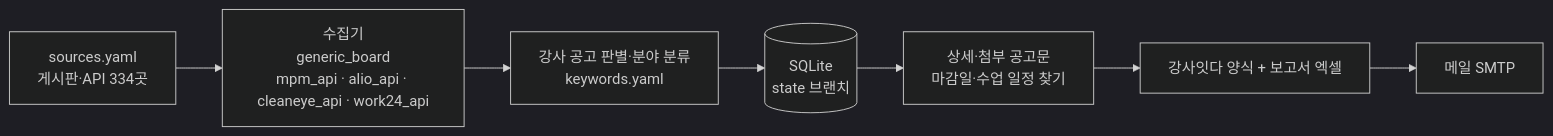
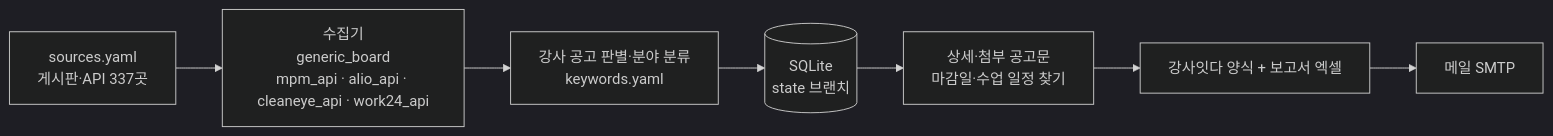
One commit to thskal17-sudo/busan-school-company changed the diagram in docs/DESIGN.md. Above: the diagram before and after it, drawn with Mermaid (dark theme). The commit also changed 5 other files, not shown here.

````diff
--- a/docs/DESIGN.md
+++ b/docs/DESIGN.md
@@ -32,9 +32,9 @@
 ```mermaid
 flowchart LR
-    S[sources.yaml<br/>게시판·API 334곳] --> C[수집기<br/>generic_board<br/>mpm_api · alio_api · cleaneye_api · work24_api]
+    S[sources.yaml<br/>게시판·API 337곳] --> C[수집기<br/>generic_board<br/>mpm_api · alio_api · cleaneye_api · work24_api]
     C --> F[강사 공고 판별·분야 분류<br/>keywords.yaml]
     F --> D[(SQLite<br/>state 브랜치)]
     D --> I[상세·첨부 공고문<br/>마감일·수업 일정 찾기]
     I --> X[강사잇다 양식 + 보고서 엑셀]
     X --> M[메일 SMTP]
 ```
````
